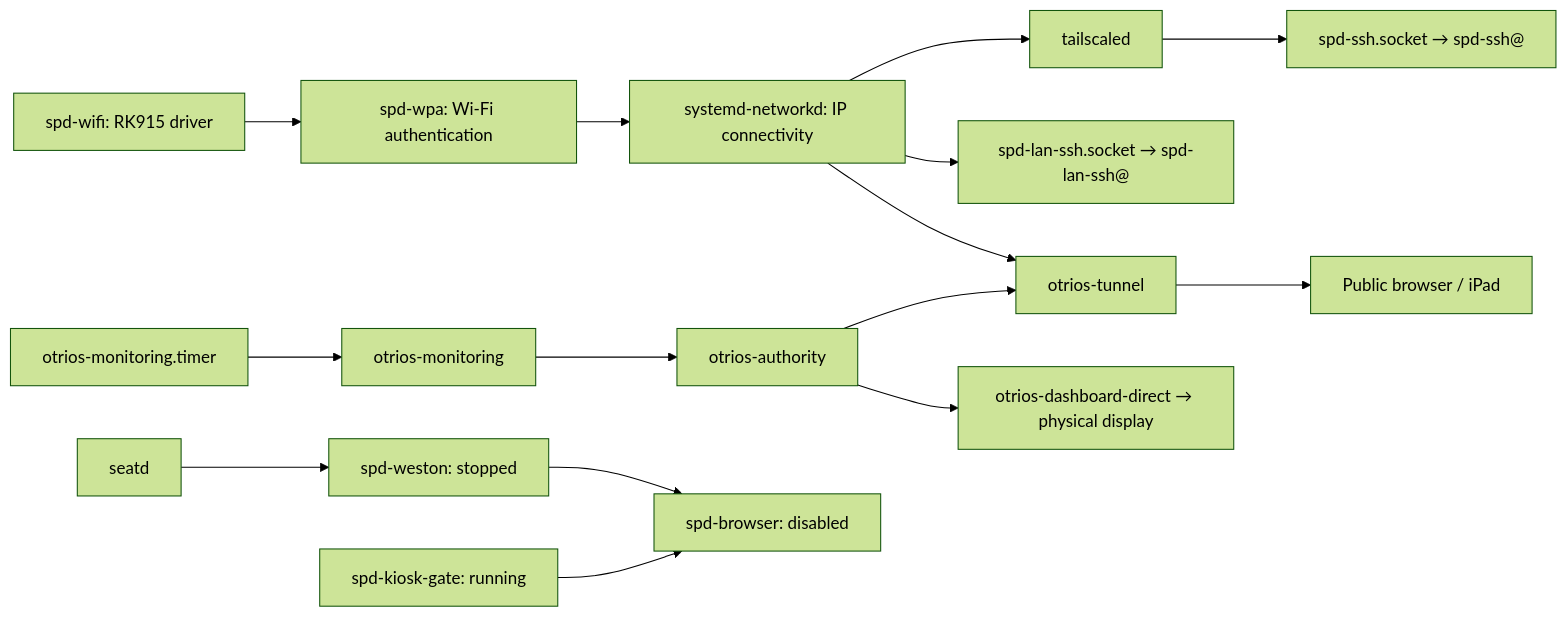
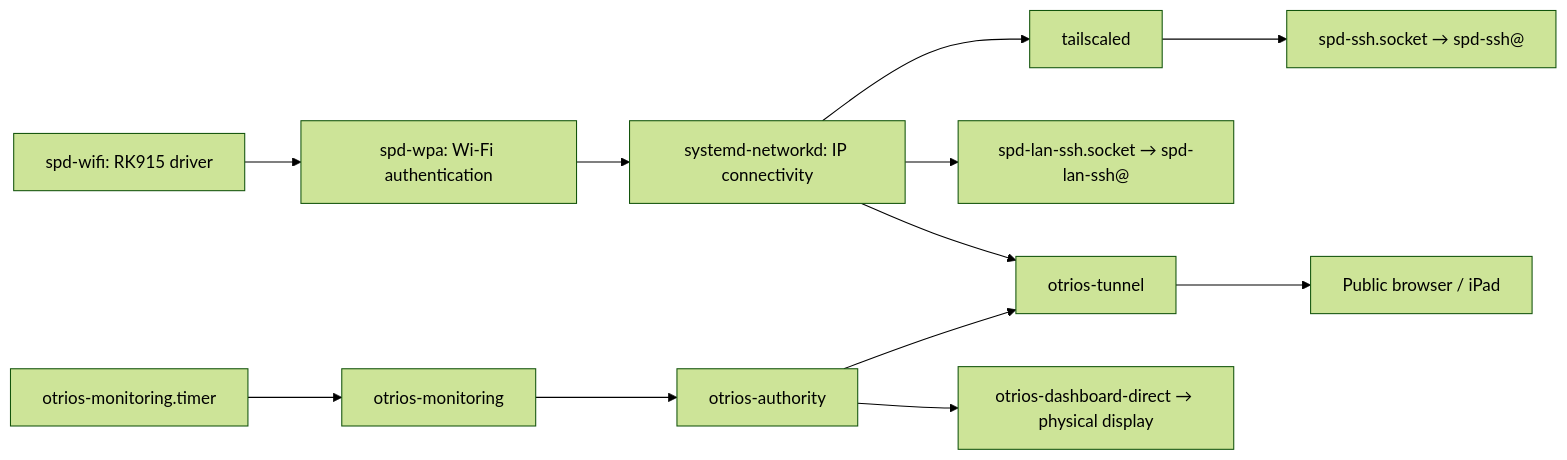
Before and after one commit to otri/otrios: the diagram in docs/experiments/frame-services.md, drawn with Mermaid (forest theme). The commit also changed other lines of this file and 3 other files, not shown here.

Commit message:
Retire legacy Weston kiosk service dependencies

````diff
--- a/docs/experiments/frame-services.md
+++ b/docs/experiments/frame-services.md
@@ -41,17 +38,14 @@
 ```mermaid
 flowchart LR
     WiFi["spd-wifi: RK915 driver"] --> WPA["spd-wpa: Wi-Fi authentication"]
     WPA --> IP["systemd-networkd: IP connectivity"]
     IP --> VPN["tailscaled"]
     VPN --> SSH["spd-ssh.socket → spd-ssh@"]
     IP --> LAN["spd-lan-ssh.socket → spd-lan-ssh@"]
     IP --> Tunnel["otrios-tunnel"]
     Authority["otrios-authority"] --> Tunnel
     Tunnel --> Browser["Public browser / iPad"]
     Authority --> Native["otrios-dashboard-direct → physical display"]
     Timer["otrios-monitoring.timer"] --> Collector["otrios-monitoring"]
     Collector --> Authority
-    Seat["seatd"] --> Weston["spd-weston: stopped"]
-    Weston --> WPE["spd-browser: disabled"]
-    Gate["spd-kiosk-gate: running"] --> WPE
 ```
````
